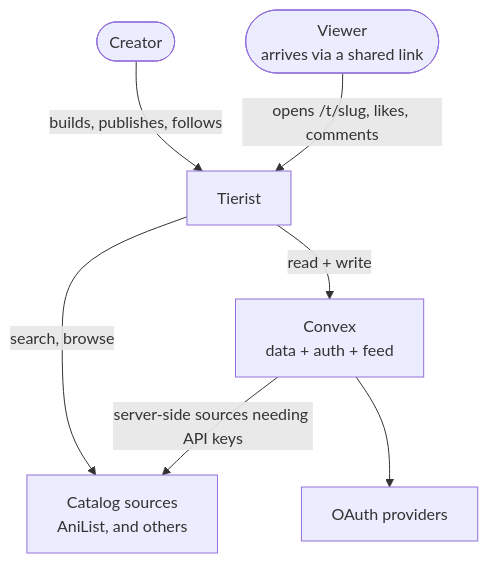
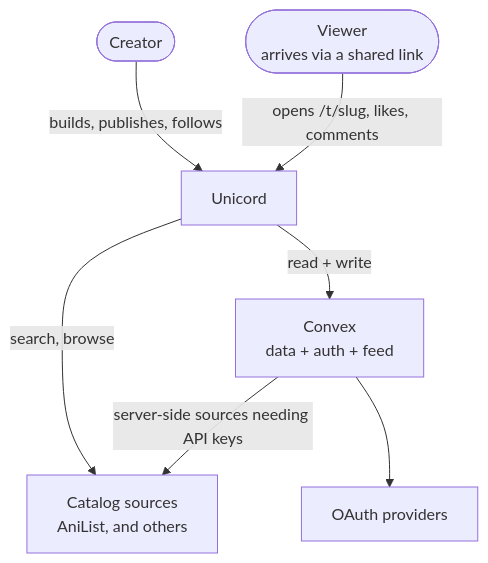
One commit to unicord-table/anime-tier-list changed the second of 4 diagrams in .docs/architecture/context.md. Above: the diagram before and after it, drawn with Mermaid. The commit also changed other lines of this file and 21 other files, not shown here.

````diff
--- a/.docs/architecture/context.md
+++ b/.docs/architecture/context.md
@@ -28,16 +28,16 @@
 ```mermaid
 flowchart TB
     creator(["Creator"])
     viewer(["Viewer<br/>arrives via a shared link"])
-    app["Tierist"]
+    app["Unicord"]
     convex["Convex<br/>data + auth + feed"]
     sources["Catalog sources<br/>AniList, and others"]
     oauth["OAuth providers"]
 
     creator -->|"builds, publishes, follows"| app
     viewer -->|"opens /t/slug, likes, comments"| app
     app -->|"read + write"| convex
     app -->|"search, browse"| sources
     convex -->|"server-side sources needing API keys"| sources
     convex --> oauth
 ```
````
